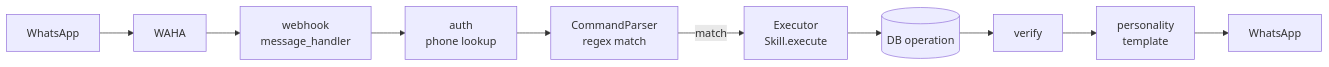
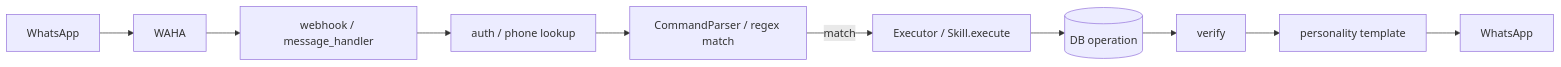
One commit to TDoGoodT/fortress-family-docs changed the first of 2 diagrams in docs/setup.md. Above: the diagram before and after it, drawn with Mermaid. The commit also changed 2 other files, not shown here.

Commit message:
fix: remove emojis and newlines from mermaid node labels (parse errors)

````diff
--- a/docs/setup.md
+++ b/docs/setup.md
@@ -204,11 +204,11 @@
 ```mermaid
 flowchart LR
-    WA[WhatsApp] --> WAHA[WAHA] --> WH[webhook\nmessage_handler]
-    WH --> AUTH[auth\nphone lookup]
-    AUTH --> CP[CommandParser\nregex match]
-    CP -->|match| EX[Executor\nSkill.execute]
+    WA[WhatsApp] --> WAHA[WAHA] --> WH[webhook / message_handler]
+    WH --> AUTH[auth / phone lookup]
+    AUTH --> CP[CommandParser / regex match]
+    CP -->|match| EX[Executor / Skill.execute]
     EX --> DB[(DB operation)]
     DB --> VF[verify]
-    VF --> PT[personality\ntemplate]
+    VF --> PT[personality template]
     PT --> WA2[WhatsApp]
 ```
````
